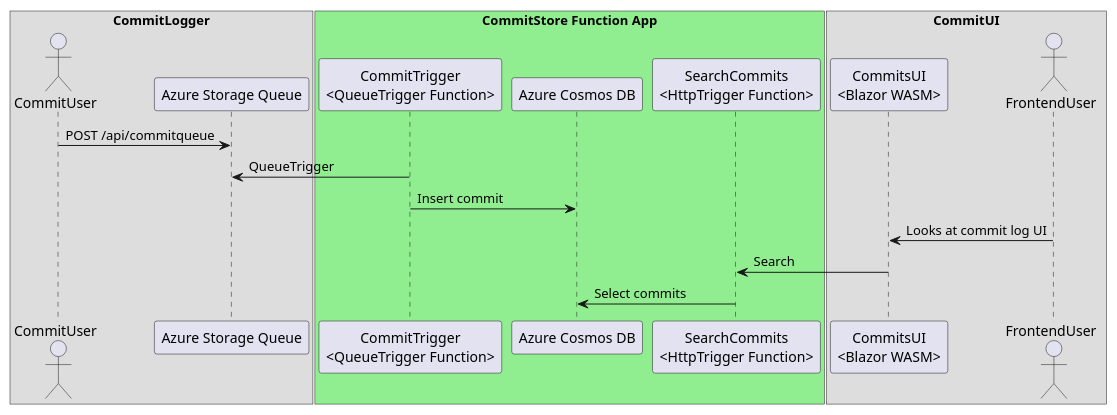
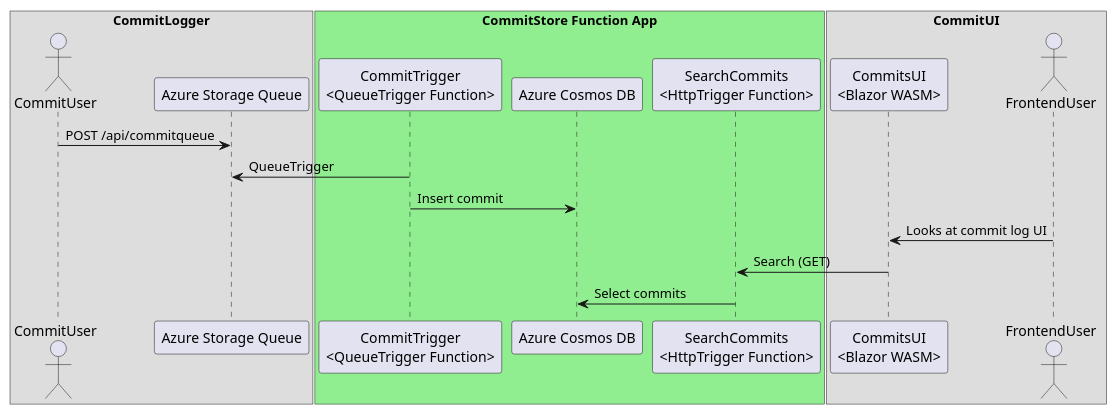
Before and after one commit to dalager/gitcommitstore: the diagram in docs/big_picture_diagram.puml, drawn with PlantUML.

Commit message:
diagram update

```diff
--- a/docs/big_picture_diagram.puml
+++ b/docs/big_picture_diagram.puml
@@ -1,25 +1,25 @@
 @startuml big_picture_diagram
 
 box "CommitLogger"
 Actor "CommitUser" as U
 Participant "Azure Storage Queue" as Q
 end box
 
 box "CommitStore Function App" #LightGreen
 Participant "CommitTrigger\n<QueueTrigger Function>" as commitTrigger
 Participant "Azure Cosmos DB" as Db
 Participant "SearchCommits\n<HttpTrigger Function>" as searchFunc
 end box
 
 box "CommitUI"
 Participant "CommitsUI\n<Blazor WASM>" as W
 Actor "FrontendUser" as FU
 end box
 U -> Q: POST /api/commitqueue
 commitTrigger -> Q: QueueTrigger
 commitTrigger -> Db : Insert commit
 FU -> W: Looks at commit log UI
-W -> searchFunc : Search
+W -> searchFunc : Search (GET)
 searchFunc -> Db : Select commits
 
 @enduml
```
